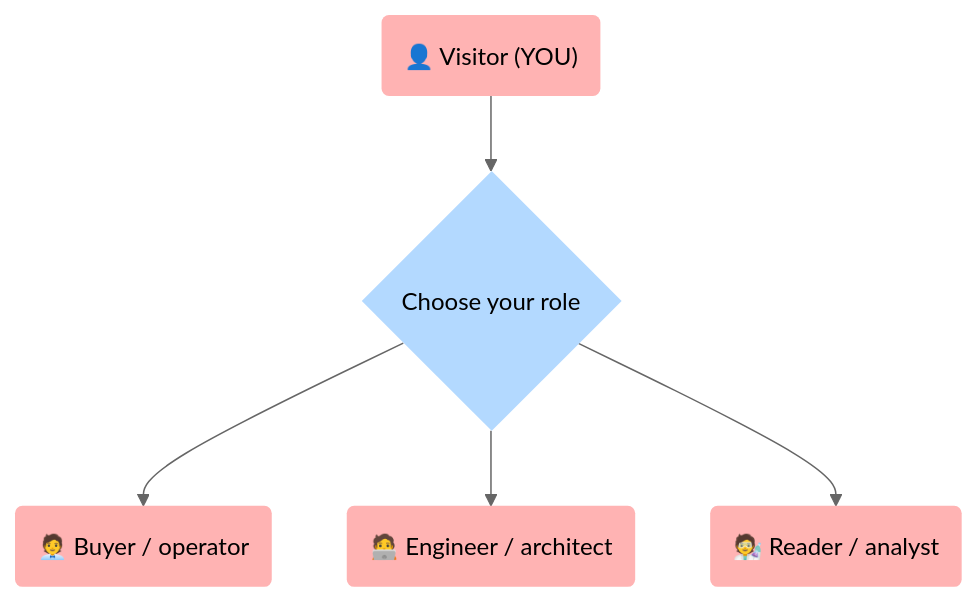
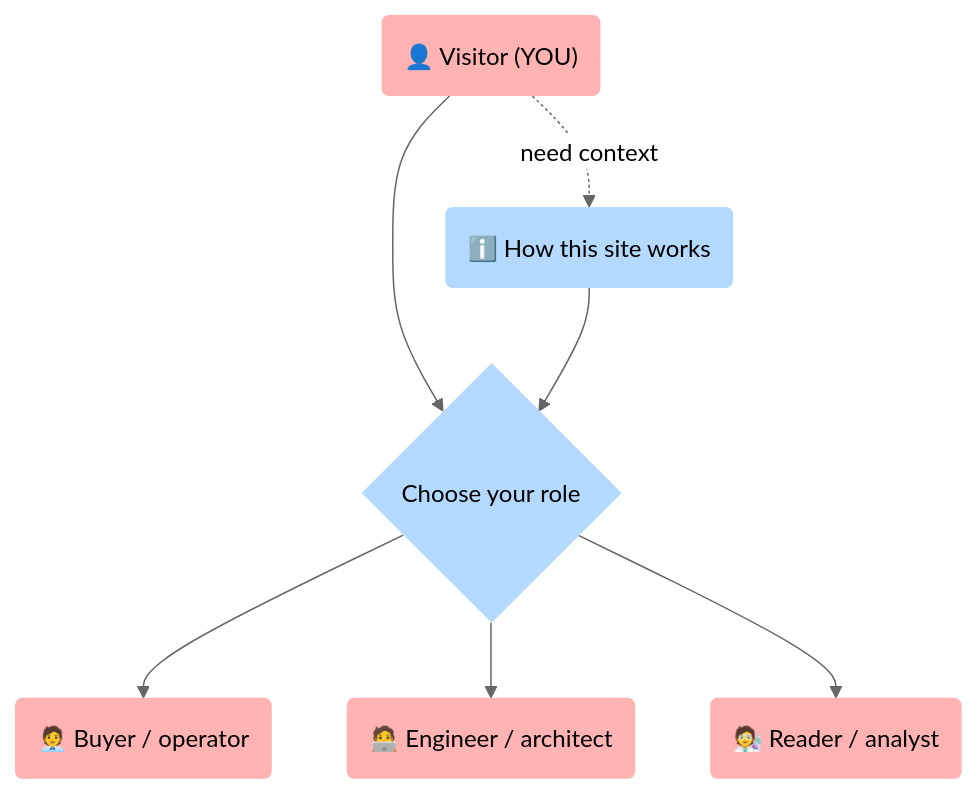
Before and after one commit to 5Reasons/5reasons.github.io: the first of 4 diagrams in docs/home/start-here.md, drawn with Mermaid (neutral theme). The commit also changed 1 other file, not shown here.

Commit message:
Enhance navigation clarity: Update Mermaid diagrams in 'How This Site Works' and 'Start Here' to include clickable nodes and improve user guidance.

````diff
--- a/docs/home/start-here.md
+++ b/docs/home/start-here.md
@@ -33,25 +33,28 @@
 ```mermaid
 flowchart TB
 %% Styles (brModel Standard)
 classDef i fill:#D3D3D3,stroke-width:0px,color:#000;
 classDef s fill:#FFB3B3,stroke-width:0px,color:#000;
 classDef p fill:#B3D9FF,stroke-width:0px,color:#000;
 classDef r fill:#FFFFB3,stroke-width:0px,color:#000;
 classDef o fill:#C1F0C1,stroke-width:0px,color:#000;
 
 S_Visitor("👤 Visitor (YOU)"):::s
+P_HowWorks("ℹ️ How this site works"):::p
 P_Ident{"Choose your role"}:::p
 
 S_Buyer("🧑‍💼 Buyer / operator"):::s
 S_Eng("🧑‍💻 Engineer / architect"):::s
 S_Read("🧑‍🔬 Reader / analyst"):::s
 
 S_Visitor --> P_Ident
+S_Visitor -. "need context" .-> P_HowWorks --> P_Ident
 P_Ident --> S_Buyer
 P_Ident --> S_Eng
 P_Ident --> S_Read
 
 click S_Buyer "/home/start-here/#buyer-operator" "Jump to Buyer path"
 click S_Eng "/home/start-here/#engineer-architect" "Jump to Engineer path"
 click S_Read "/home/start-here/#reader-analyst" "Jump to Reader path"
+click P_HowWorks "/home/how-this-site-works/" "How This Site Works"
 ```
````
